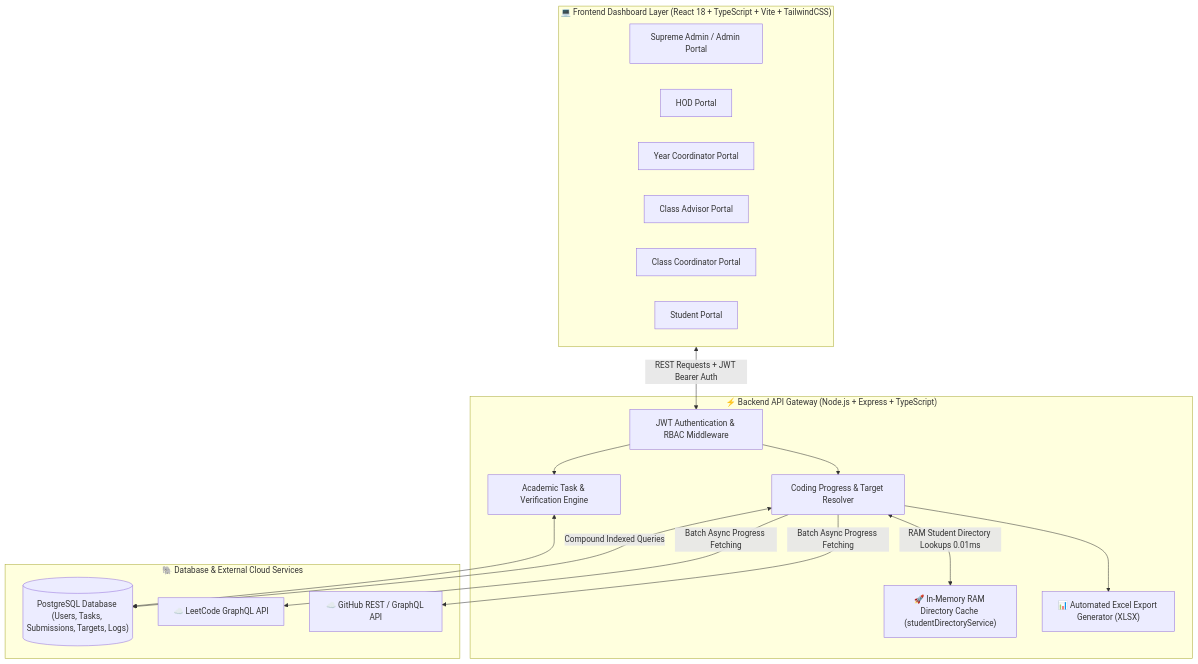
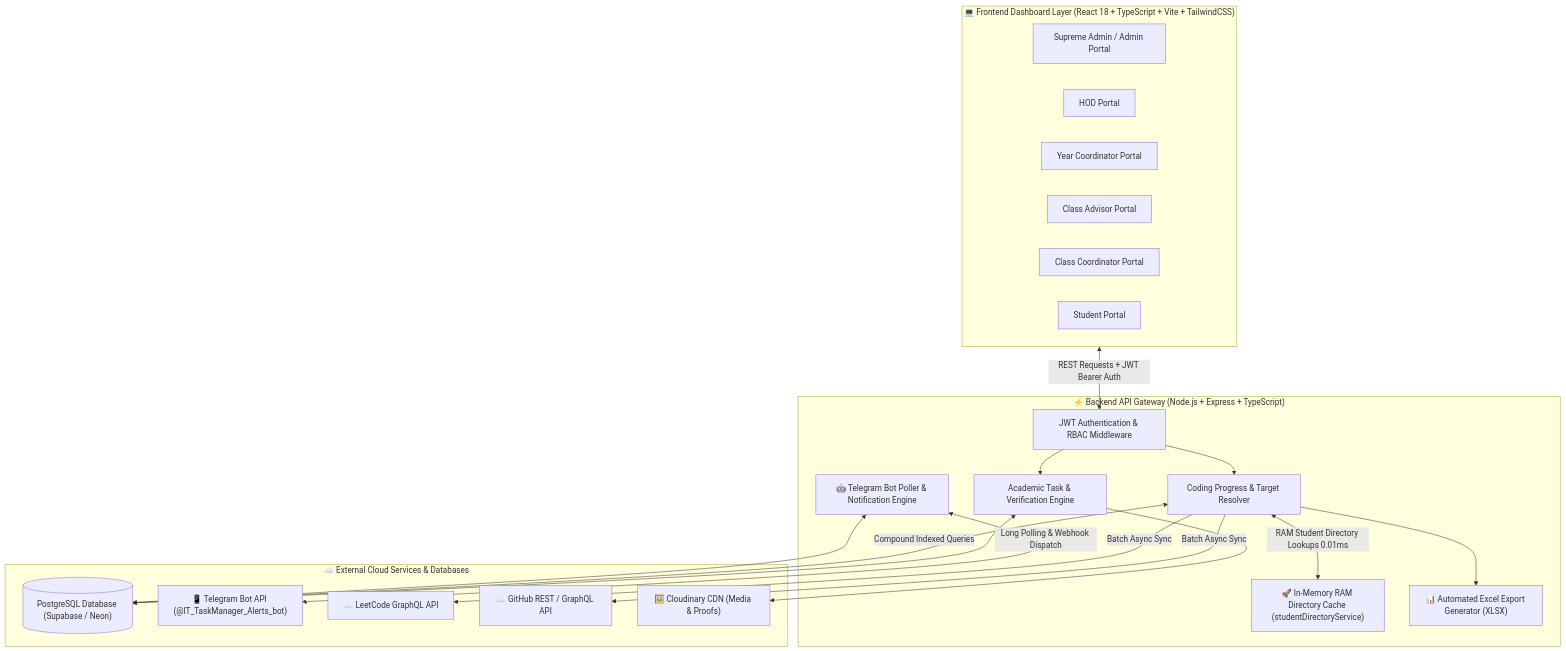
The first of 3 diagrams in README.md (Tharun4743/IT_taskmanager), drawn with Mermaid before and after one commit. The commit also changed other lines of this file and 4 other files, not shown here.

Commit message:
fix(auth): standardize student login credentials, update login UI hints, and sync student directory with Supabase

````diff
--- a/README.md
+++ b/README.md
@@ -10,35 +17,41 @@
 ```mermaid
 graph TD
     subgraph Frontend["💻 Frontend Dashboard Layer (React 18 + TypeScript + Vite + TailwindCSS)"]
         AdminUI["Supreme Admin / Admin Portal"]
         HODUI["HOD Portal"]
         YearCoordUI["Year Coordinator Portal"]
         AdvisorUI["Class Advisor Portal"]
         ClassCoordUI["Class Coordinator Portal"]
         StudentUI["Student Portal"]
     end
 
     subgraph Backend["⚡ Backend API Gateway (Node.js + Express + TypeScript)"]
         AuthModule["JWT Authentication & RBAC Middleware"]
         TaskEngine["Academic Task & Verification Engine"]
         CodingEngine["Coding Progress & Target Resolver"]
+        TelegramService["🤖 Telegram Bot Poller & Notification Engine"]
         RAMCache["🚀 In-Memory RAM Directory Cache (studentDirectoryService)"]
         ExcelService["📊 Automated Excel Export Generator (XLSX)"]
     end
 
-    subgraph Storage["🐘 Database & External Cloud Services"]
-        PostgresDB[("PostgreSQL Database (Users, Tasks, Submissions, Targets, Logs)")]
+    subgraph External["☁️ External Cloud Services & Databases"]
+        PostgresDB[("PostgreSQL Database (Supabase / Neon)")]
+        TelegramAPI["📱 Telegram Bot API (@IT_TaskManager_Alerts_bot)"]
         LeetCodeAPI["☁️ LeetCode GraphQL API"]
         GitHubAPI["☁️ GitHub REST / GraphQL API"]
+        CloudinaryAPI["🖼️ Cloudinary CDN (Media & Proofs)"]
     end
 
     Frontend <-->|REST Requests + JWT Bearer Auth| AuthModule
     AuthModule --> TaskEngine
     AuthModule --> CodingEngine
     TaskEngine <--> PostgresDB
     CodingEngine <-->|RAM Student Directory Lookups 0.01ms| RAMCache
     CodingEngine <-->|Compound Indexed Queries| PostgresDB
-    CodingEngine -->|Batch Async Progress Fetching| LeetCodeAPI
-    CodingEngine -->|Batch Async Progress Fetching| GitHubAPI
+    CodingEngine -->|Batch Async Sync| LeetCodeAPI
+    CodingEngine -->|Batch Async Sync| GitHubAPI
     CodingEngine --> ExcelService
+    TelegramService <-->|Long Polling & Webhook Dispatch| TelegramAPI
+    TelegramService <--> PostgresDB
+    TaskEngine --> CloudinaryAPI
 ```
````
